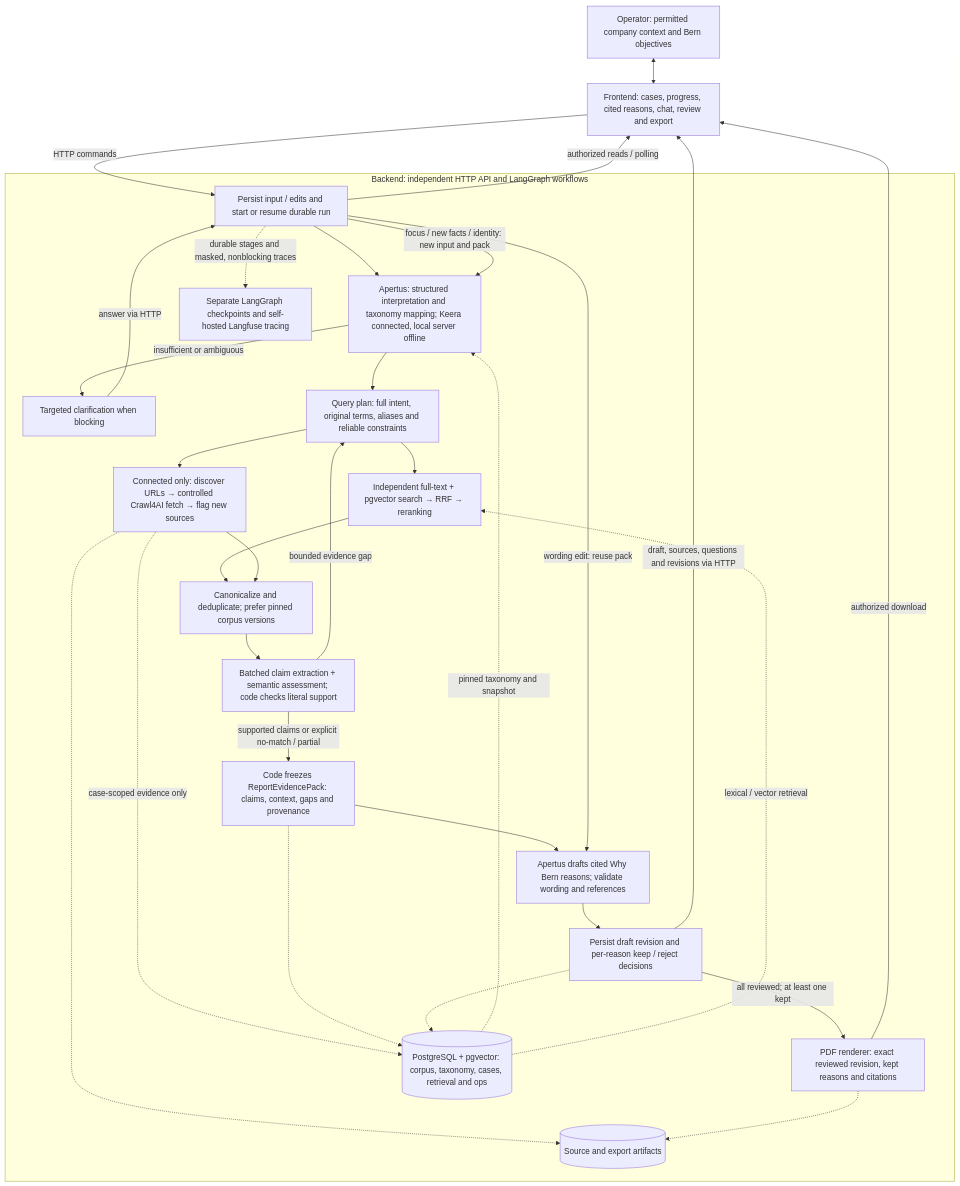
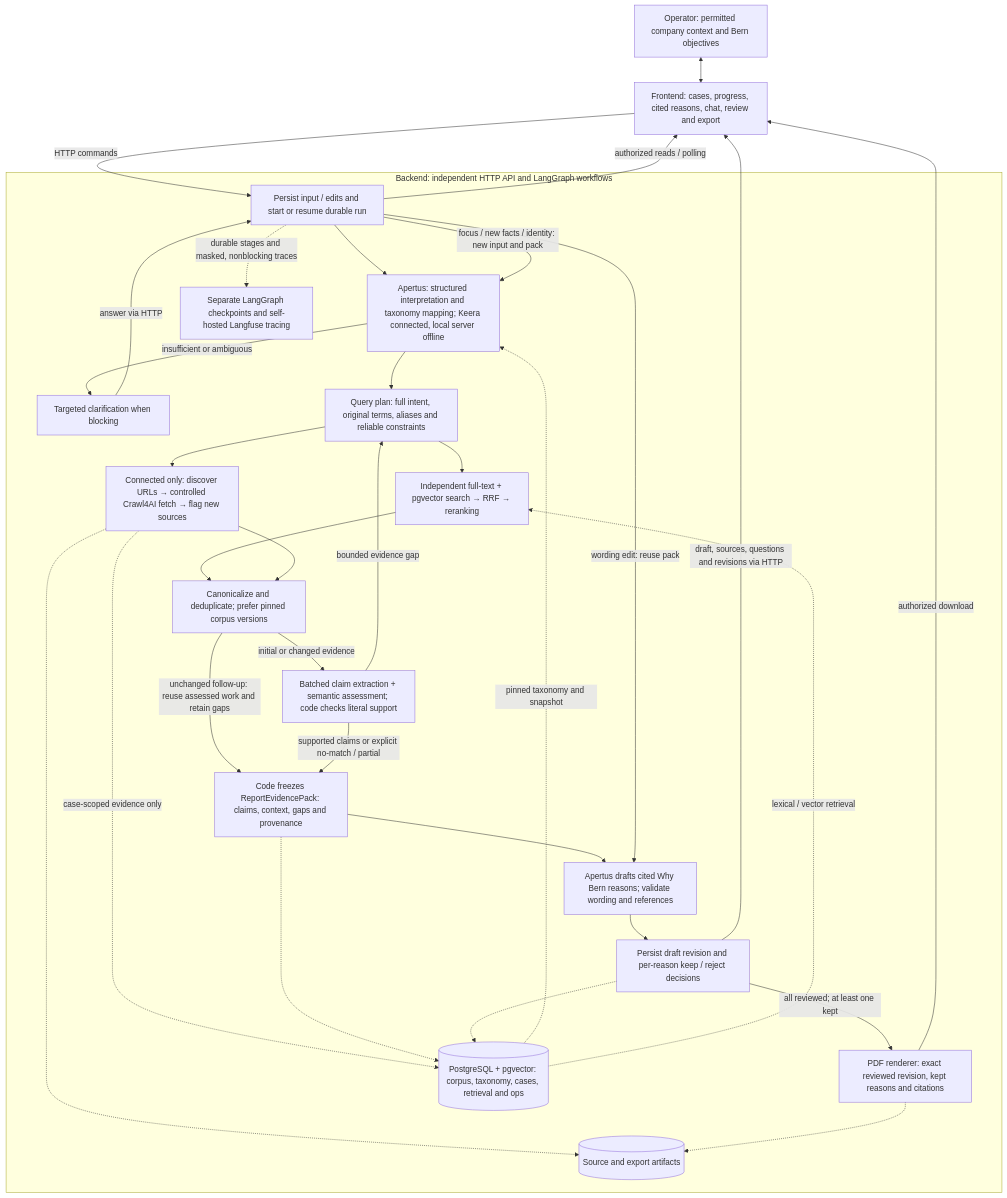
One commit to RenatoMignone/hack-apertus-b2b changed the diagram in docs/plans/EXECUTION_GRAPH.md. Above: the diagram before and after it, drawn with Mermaid. The commit also changed 14 other files, not shown here.

Commit message:
Stop unchanged research work and record isolated pipeline acceptance

````diff
--- a/docs/plans/EXECUTION_GRAPH.md
+++ b/docs/plans/EXECUTION_GRAPH.md
@@ -1,50 +1,51 @@
 ```mermaid
 flowchart TB
   USER["Operator: permitted company context and Bern objectives"]
   UI["Frontend: cases, progress, cited reasons, chat, review and export"]
   USER <--> UI
   subgraph BACKEND["Backend: independent HTTP API and LangGraph workflows"]
     API["Persist input / edits and start or resume durable run"]
     INT["Apertus: structured interpretation and taxonomy mapping; Keera connected, local server offline"]
     ASK["Targeted clarification when blocking"]
     PLAN["Query plan: full intent, original terms, aliases and reliable constraints"]
     DBSEARCH["Independent full-text + pgvector search → RRF → reranking"]
     WEB["Connected only: discover URLs → controlled Crawl4AI fetch → flag new sources"]
     MERGE["Canonicalize and deduplicate; prefer pinned corpus versions"]
     VALID["Batched claim extraction + semantic assessment; code checks literal support"]
     PACK["Code freezes ReportEvidencePack: claims, context, gaps and provenance"]
     DRAFT["Apertus drafts cited Why Bern reasons; validate wording and references"]
     REVIEW["Persist draft revision and per-reason keep / reject decisions"]
     PDF["PDF renderer: exact reviewed revision, kept reasons and citations"]
     STORE[("PostgreSQL + pgvector: corpus, taxonomy, cases, retrieval and ops")]
     ART[("Source and export artifacts")]
     OBS["Separate LangGraph checkpoints and self-hosted Langfuse tracing"]
     API --> INT
     INT -->|"insufficient or ambiguous"| ASK
     ASK -->|"answer via HTTP"| API
     INT --> PLAN
     PLAN --> DBSEARCH
     PLAN --> WEB
     DBSEARCH --> MERGE
     WEB --> MERGE
-    MERGE --> VALID
+    MERGE -->|"initial or changed evidence"| VALID
+    MERGE -->|"unchanged follow-up: reuse assessed work and retain gaps"| PACK
     VALID -->|"supported claims or explicit no-match / partial"| PACK
     VALID -->|"bounded evidence gap"| PLAN
     PACK --> DRAFT --> REVIEW
     REVIEW -->|"all reviewed; at least one kept"| PDF
     API -->|"wording edit: reuse pack"| DRAFT
     API -->|"focus / new facts / identity: new input and pack"| INT
     STORE -. "pinned taxonomy and snapshot" .-> INT
     STORE -. "lexical / vector retrieval" .-> DBSEARCH
     WEB -. "case-scoped evidence only" .-> STORE
     WEB -.-> ART
     PACK -.-> STORE
     REVIEW -.-> STORE
     PDF -.-> ART
     API -. "durable stages and masked, nonblocking traces" .-> OBS
   end
   UI -->|"HTTP commands"| API
   API -->|"authorized reads / polling"| UI
   REVIEW -->|"draft, sources, questions and revisions via HTTP"| UI
   PDF -->|"authorized download"| UI
 ```
````
